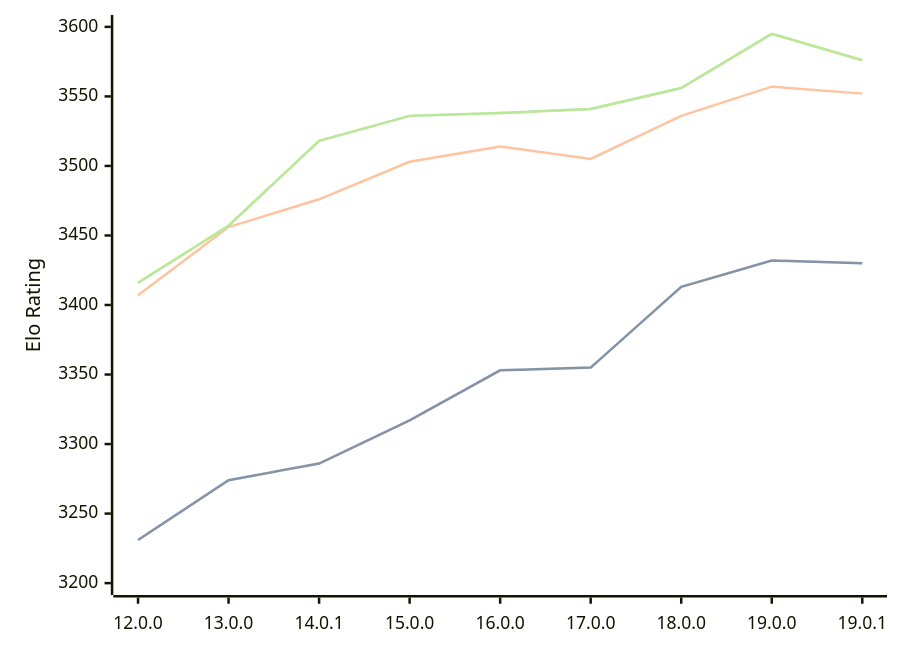
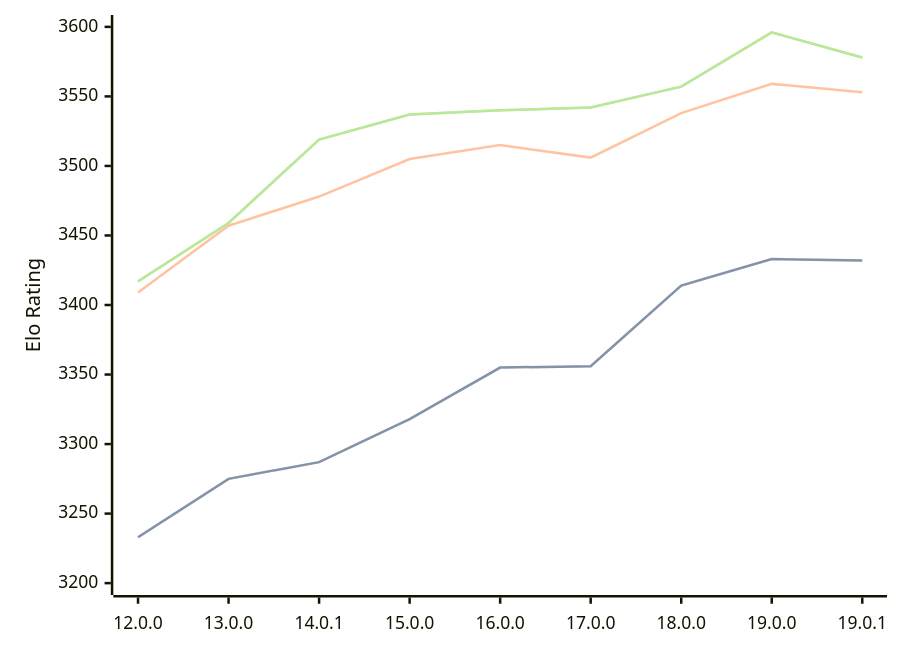
Before and after one commit to computer-chess-index/cci: the diagram in engines/Viridithas.md, drawn with Mermaid. The commit also changed other lines of this file, not shown here.

Commit message:
Update CCI Ratings (ELO VLTC) - 2026-03-29

````diff
--- a/engines/Viridithas.md
+++ b/engines/Viridithas.md
@@ -63,11 +63,11 @@
 ```mermaid
 %%{init: {"theme":"base","themeVariables":{"seriesColors:['#a3a3a3','#222221','#faa371']}}}%%
 xychart-beta
   x-axis ["12.0.0", "13.0.0", "14.0.1", "15.0.0", "16.0.0", "17.0.0", "18.0.0", "19.0.0", "19.0.1"]
   y-axis "Elo Rating" 3200 --> 3600
-  line "STC (8.0+0.08s)" [3231, 3274, 3286, 3317, 3353, 3355, 3413, 3432, 3430]
-  line "STC (8.0+0.08s)" [3231, 3274, 3286, 3317, 3353, 3355, 3413, 3432, 3430]
-  line "LTC (60.0+0.60s)" [3407, 3456, 3476, 3503, 3514, 3505, 3536, 3557, 3552]
-  line "VLTC (2m24s+1.12s)" [3416, 3457, 3518, 3536, 3538, 3541, 3556, 3595, 3576]
-  line "VLTC (2m24s+1.12s)" [3416, 3457, 3518, 3536, 3538, 3541, 3556, 3595, 3576]
+  line "STC (8.0+0.08s)" [3233, 3275, 3287, 3318, 3355, 3356, 3414, 3433, 3432]
+  line "STC (8.0+0.08s)" [3233, 3275, 3287, 3318, 3355, 3356, 3414, 3433, 3432]
+  line "LTC (60.0+0.60s)" [3409, 3457, 3478, 3505, 3515, 3506, 3538, 3559, 3553]
+  line "VLTC (2m24s+1.12s)" [3417, 3459, 3519, 3537, 3540, 3542, 3557, 3596, 3578]
+  line "VLTC (2m24s+1.12s)" [3417, 3459, 3519, 3537, 3540, 3542, 3557, 3596, 3578]
 ```
````
